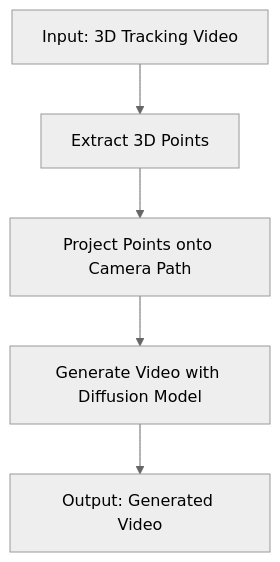
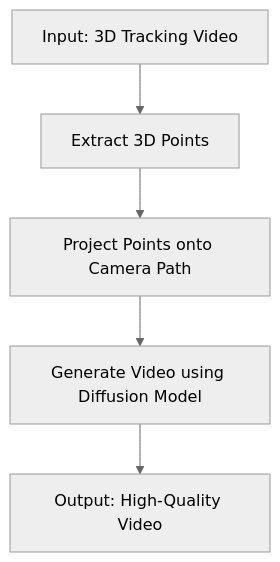
Before and after one commit to dmarx/papers-feed: the diagram in data/papers/2501.03847/features/crib-sheet/2501.03847.md, drawn with Mermaid (neutral theme). The commit also changed other lines of this file and 8 other files, not shown here.

````diff
--- a/data/papers/2501.03847/features/crib-sheet/2501.03847.md
+++ b/data/papers/2501.03847/features/crib-sheet/2501.03847.md
@@ -24,7 +24,7 @@
   ```mermaid
   flowchart TD
       A[Input: 3D Tracking Video] --> B[Extract 3D Points]
       B --> C[Project Points onto Camera Path]
-      C --> D[Generate Video with Diffusion Model]
-      D --> E[Output: Generated Video]
+      C --> D[Generate Video using Diffusion Model]
+      D --> E[Output: High-Quality Video]
   ```
````
